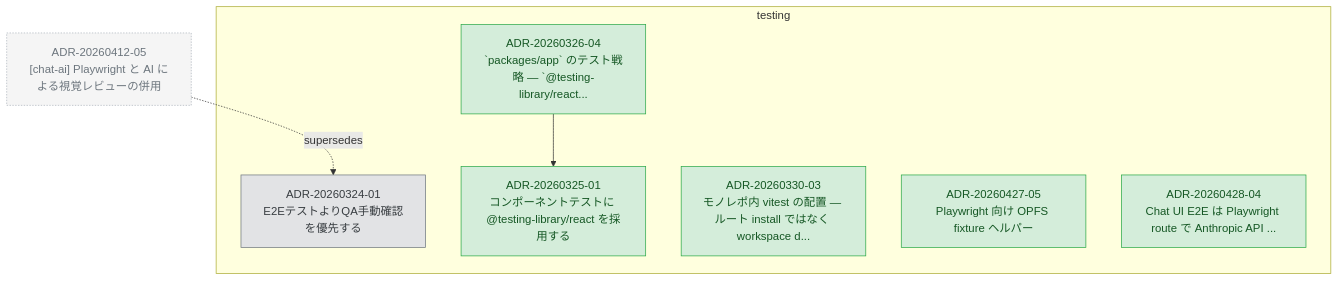
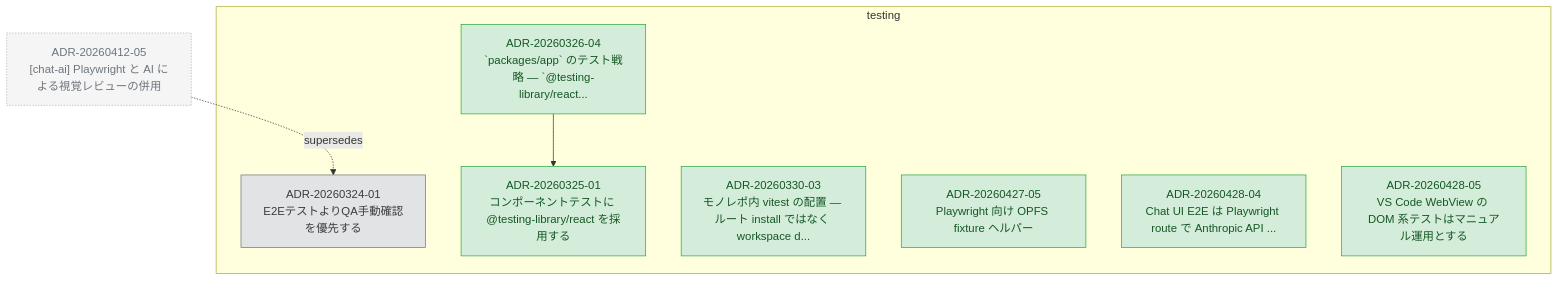
One commit to kompiro/karasu changed the diagram in docs/adr/graph/testing.md. Above: the diagram before and after it, drawn with Mermaid. The commit also changed other lines of this file and 8 other files, not shown here.

First line of the commit message:
docs(adr): VS Code WebView tests run manually (ADR-20260428-05)

````diff
--- a/docs/adr/graph/testing.md
+++ b/docs/adr/graph/testing.md
@@ -6,28 +6,30 @@
 ```mermaid
 flowchart TD
   subgraph testing["testing"]
     ADR_20260324_01["ADR-20260324-01<br/>E2EテストよりQA手動確認を優先する"]
     ADR_20260325_01["ADR-20260325-01<br/>コンポーネントテストに @testing-library/react を採用する"]
     ADR_20260326_04["ADR-20260326-04<br/>`packages/app` のテスト戦略 — `@testing-library/react..."]
     ADR_20260330_03["ADR-20260330-03<br/>モノレポ内 vitest の配置 — ルート install ではなく workspace d..."]
     ADR_20260427_05["ADR-20260427-05<br/>Playwright 向け OPFS fixture ヘルパー"]
     ADR_20260428_04["ADR-20260428-04<br/>Chat UI E2E は Playwright route で Anthropic API ..."]
+    ADR_20260428_05["ADR-20260428-05<br/>VS Code WebView の DOM 系テストはマニュアル運用とする"]
   end
   ADR_20260412_05["ADR-20260412-05<br/>[chat-ai] Playwright と AI による視覚レビューの併用"]
   ADR_20260326_04 --> ADR_20260325_01
   ADR_20260412_05 -.supersedes.-> ADR_20260324_01
 
   classDef accepted fill:#d4edda,stroke:#28a745,color:#155724
   classDef proposed fill:#fff3cd,stroke:#ffc107,color:#856404
   classDef deprecated fill:#f8d7da,stroke:#dc3545,color:#721c24
   classDef superseded fill:#e2e3e5,stroke:#6c757d,color:#383d41
   classDef not_adopted fill:#e2e3e5,stroke:#6c757d,color:#383d41,stroke-dasharray:3 3
   classDef ghost fill:#f5f5f5,stroke:#adb5bd,color:#6c757d,stroke-dasharray:2 2
   class ADR_20260324_01 superseded
   class ADR_20260325_01 accepted
   class ADR_20260326_04 accepted
   class ADR_20260330_03 accepted
   class ADR_20260427_05 accepted
   class ADR_20260428_04 accepted
+  class ADR_20260428_05 accepted
   class ADR_20260412_05 ghost
 ```
````
